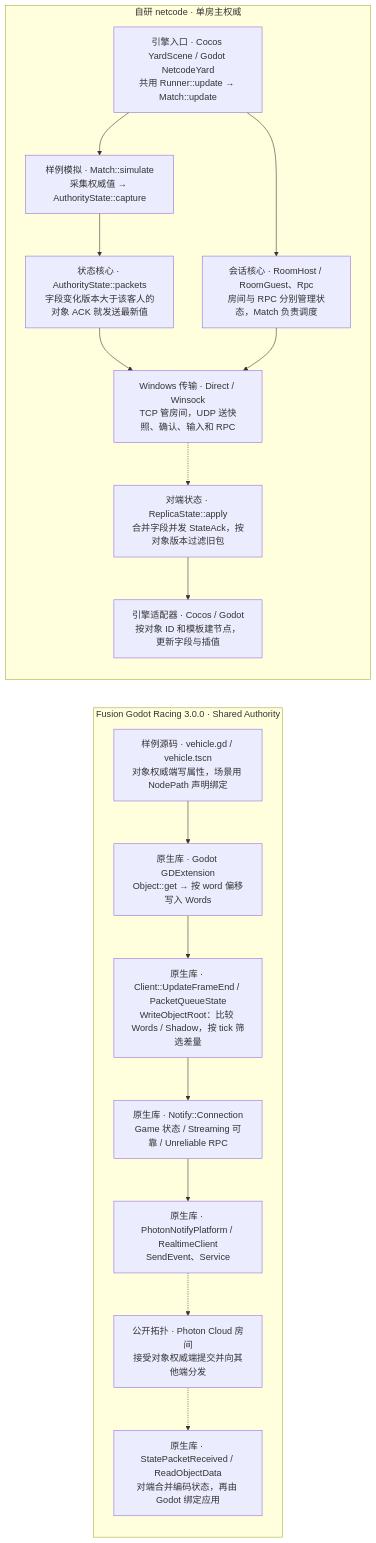
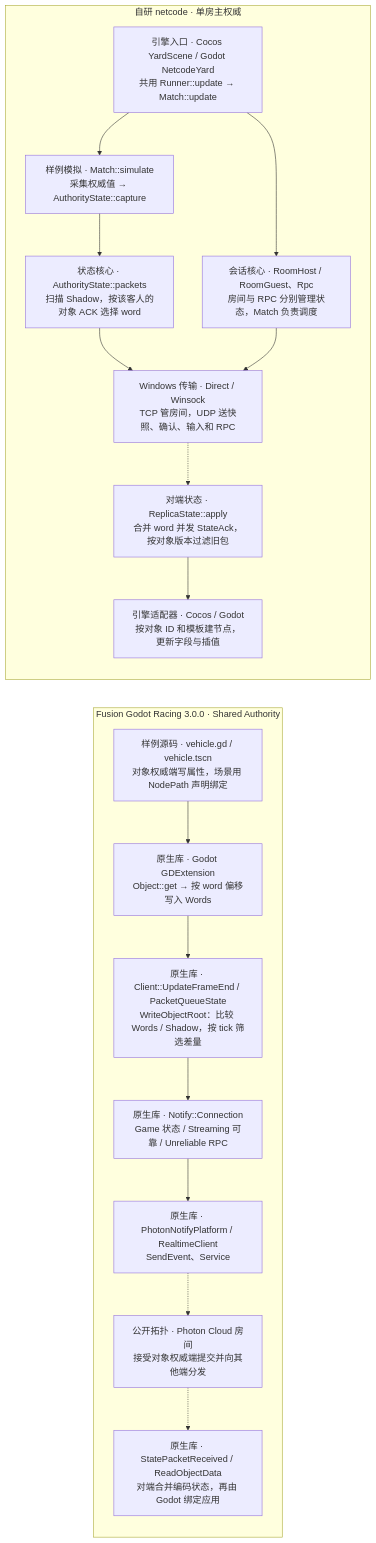
One commit to bobozai2019/photon_fusion_copy changed the diagram in docs/architecture.md. Above: the diagram before and after it, drawn with Mermaid. The commit also changed other lines of this file and 17 other files, not shown here.

````diff
--- a/docs/architecture.md
+++ b/docs/architecture.md
@@ -222,28 +222,28 @@
 ```mermaid
 flowchart LR
   subgraph original["Fusion Godot Racing 3.0.0 · Shared Authority"]
     direction TB
     f1["样例源码 · vehicle.gd / vehicle.tscn<br/>对象权威端写属性，场景用 NodePath 声明绑定"]
     f2["原生库 · Godot GDExtension<br/>Object::get → 按 word 偏移写入 Words"]
     f3["原生库 · Client::UpdateFrameEnd / PacketQueueState<br/>WriteObjectRoot：比较 Words / Shadow，按 tick 筛选差量"]
     f4["原生库 · Notify::Connection<br/>Game 状态 / Streaming 可靠 / Unreliable RPC"]
     f5["原生库 · PhotonNotifyPlatform / RealtimeClient<br/>SendEvent、Service"]
     f6["公开拓扑 · Photon Cloud 房间<br/>接受对象权威端提交并向其他端分发"]
     f7["原生库 · StatePacketReceived / ReadObjectData<br/>对端合并编码状态，再由 Godot 绑定应用"]
     f1 --> f2 --> f3 --> f4 --> f5
     f5 -.-> f6 -.-> f7
   end
   subgraph ours["自研 netcode · 单房主权威"]
     direction TB
     n1["引擎入口 · Cocos YardScene / Godot NetcodeYard<br/>共用 Runner::update → Match::update"]
     n2["样例模拟 · Match::simulate<br/>采集权威值 → AuthorityState::capture"]
-    n3["状态核心 · AuthorityState::packets<br/>字段变化版本大于该客人的对象 ACK 就发送最新值"]
+    n3["状态核心 · AuthorityState::packets<br/>扫描 Shadow，按该客人的对象 ACK 选择 word"]
     n4["会话核心 · RoomHost / RoomGuest、Rpc<br/>房间与 RPC 分别管理状态，Match 负责调度"]
     n5["Windows 传输 · Direct / Winsock<br/>TCP 管房间，UDP 送快照、确认、输入和 RPC"]
-    n6["对端状态 · ReplicaState::apply<br/>合并字段并发 StateAck，按对象版本过滤旧包"]
+    n6["对端状态 · ReplicaState::apply<br/>合并 word 并发 StateAck，按对象版本过滤旧包"]
     n7["引擎适配器 · Cocos / Godot<br/>按对象 ID 和模板建节点，更新字段与插值"]
     n1 --> n2 --> n3 --> n5
     n5 -.-> n6 --> n7
     n1 --> n4 --> n5
   end
 ```
````
